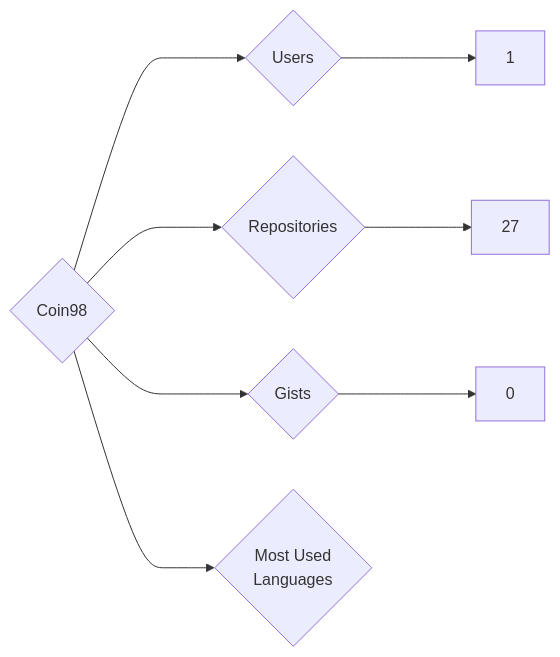
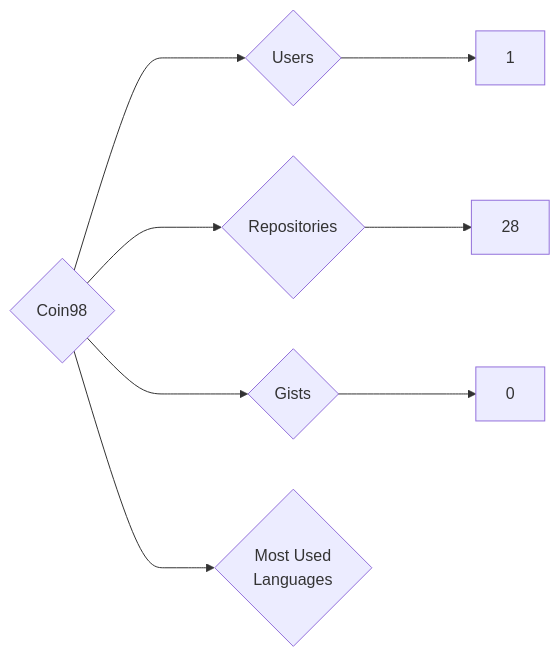
The diagram in targets/Coin98/README.md (nenadzaric/insiders), drawn with Mermaid before and after one commit. The commit also changed 1342 other files, not shown here.

````diff
--- a/targets/Coin98/README.md
+++ b/targets/Coin98/README.md
@@ -3,8 +3,8 @@
 ```mermaid
 graph LR
 COMPANY_NAME{Coin98}
 COMPANY_NAME ---> U{Users} ---> UN[1]
-COMPANY_NAME ---> R{Repositories} ---> RN[27]
+COMPANY_NAME ---> R{Repositories} ---> RN[28]
 COMPANY_NAME ---> G{Gists} ---> GN[0]
 COMPANY_NAME ---> ML{Most Used<br>Languages}
 ```
````
